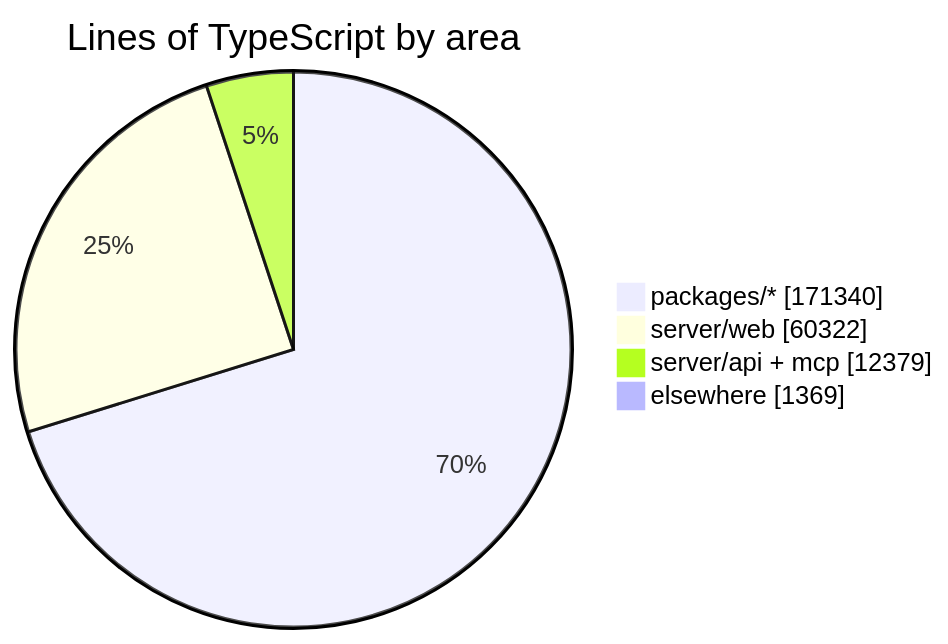
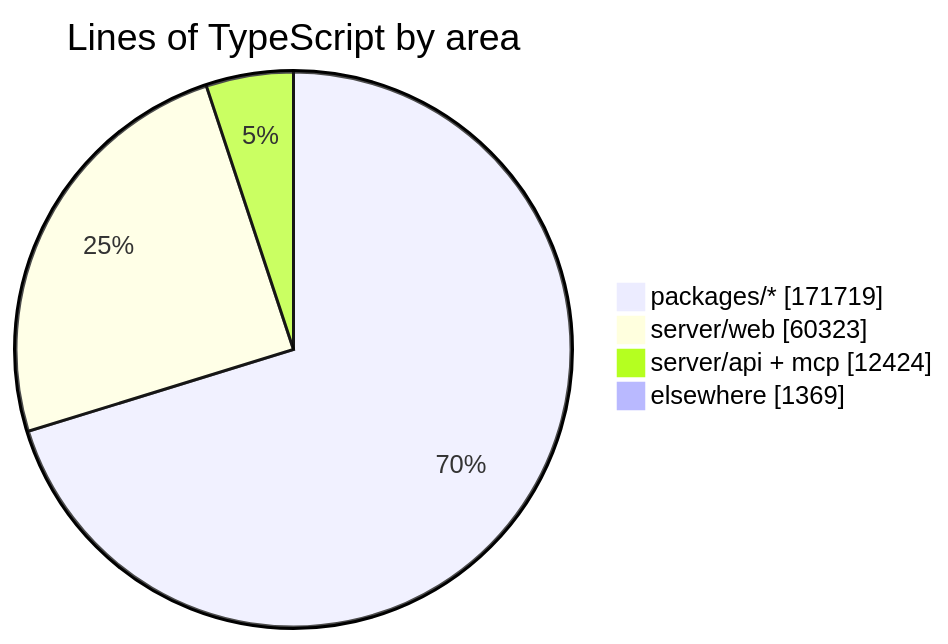
The diagram in README.md (crossworks-engineering/mantle), drawn with Mermaid before and after one commit. The commit also changed other lines of this file and 2 other files, not shown here.

````diff
--- a/README.md
+++ b/README.md
@@ -279,7 +279,7 @@
 ```mermaid
 pie showData title Lines of TypeScript by area
-    "packages/*" : 171340
-    "server/web" : 60322
-    "server/api + mcp" : 12379
+    "packages/*" : 171719
+    "server/web" : 60323
+    "server/api + mcp" : 12424
     "elsewhere" : 1369
 ```
````
